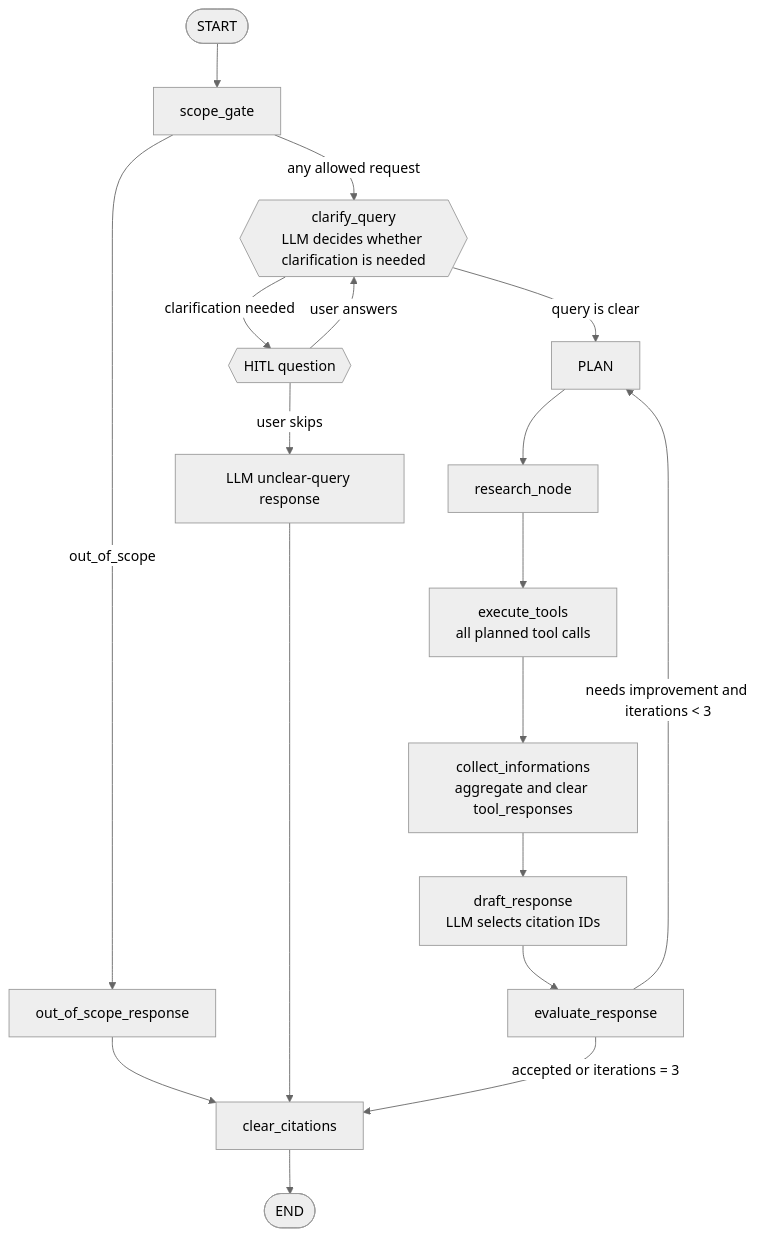
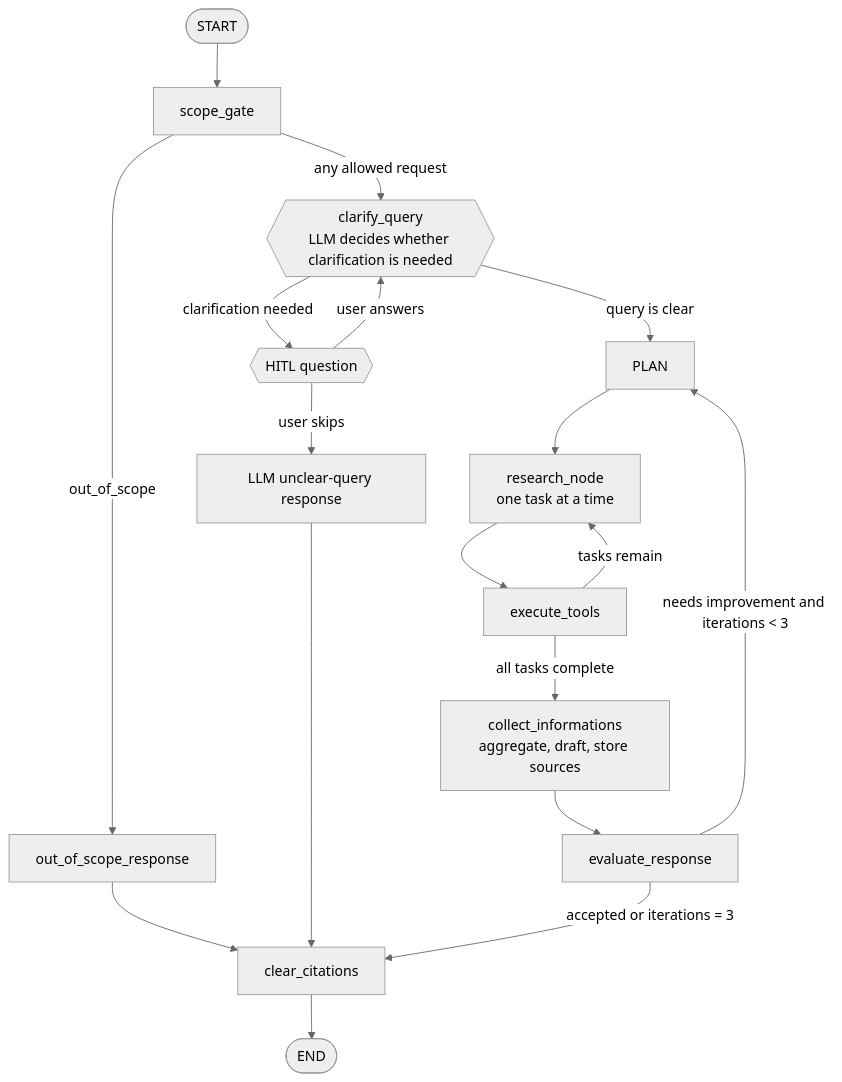
Before and after one commit to anirban2005143a/research_agent: the diagram in README.md, drawn with Mermaid (neutral theme). The commit also changed other lines of this file and 8 other files, not shown here.

Commit message:
feat: Revamp research workflow to support task-based execution and improved state management

````diff
--- a/README.md
+++ b/README.md
@@ -324,24 +324,24 @@
 ```mermaid
 flowchart TD
     START([START]) --> SCOPE[scope_gate]
 
     SCOPE -->|out_of_scope| OUT_OF_SCOPE[out_of_scope_response]
     SCOPE -->|any allowed request| CLARIFY{{clarify_query<br/>LLM decides whether clarification is needed}}
 
     OUT_OF_SCOPE --> CLEAR[clear_citations]
     CLARIFY -->|query is clear| PLAN
     CLARIFY -->|clarification needed| HITL{{HITL question}}
     HITL -->|user answers| CLARIFY
     HITL -->|user skips| UNCLEAR[LLM unclear-query response]
     UNCLEAR --> CLEAR
     CLEAR --> END([END])
 
-    PLAN --> AGENT[research_node]
-    AGENT --> TOOLS[execute_tools<br/>all planned tool calls]
-    TOOLS --> COLLECT[collect_informations<br/>aggregate and clear tool_responses]
+    PLAN --> AGENT[research_node<br/>one task at a time]
+    AGENT --> TOOLS[execute_tools]
+    TOOLS -->|tasks remain| AGENT
+    TOOLS -->|all tasks complete| COLLECT[collect_informations<br/>aggregate, draft, store sources]
 
-    COLLECT --> DRAFT[draft_response<br/>LLM selects citation IDs]
-    DRAFT --> EVALUATE[evaluate_response]
+    COLLECT --> EVALUATE[evaluate_response]
     EVALUATE -->|needs improvement and iterations < 3| PLAN
     EVALUATE -->|accepted or iterations = 3| CLEAR
 ```
````
